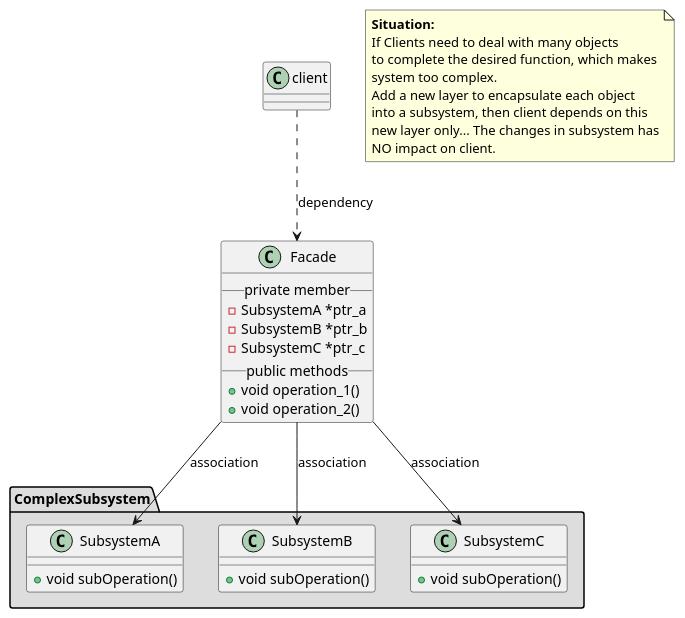
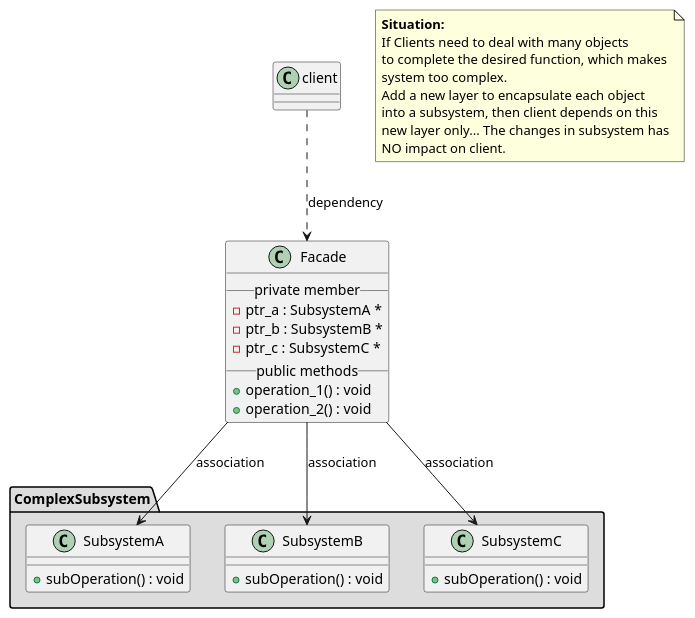
Before and after one commit to flyingman1991/design-patterns-cpp: the diagram in facade/FacadePattern.puml, drawn with PlantUML. The commit also changed 5 other files, not shown here.

```diff
--- a/facade/FacadePattern.puml
+++ b/facade/FacadePattern.puml
@@ -1,43 +1,43 @@
 @startuml FacadePattern
 
 package ComplexSubsystem #DDDDDD {
     class SubsystemA {
-        + void subOperation()
+        + subOperation() : void
     }
 
     class SubsystemB {
-        + void subOperation()
+        + subOperation() : void
     }
 
     class SubsystemC {
-        + void subOperation()
+        + subOperation() : void
     }
 }
 
 class Facade {
     __private member__
-    - SubsystemA *ptr_a
-    - SubsystemB *ptr_b
-    - SubsystemC *ptr_c
+    - ptr_a : SubsystemA *
+    - ptr_b : SubsystemB *
+    - ptr_c : SubsystemC *
     __public methods__
-    + void operation_1()
-    + void operation_2()
+    + operation_1() : void
+    + operation_2() : void
 }
 
 client ..> Facade : dependency
 Facade --> SubsystemA : association
 Facade --> SubsystemB : association
 Facade --> SubsystemC : association
 
 note as N1
     <b>Situation:</b>
     If Clients need to deal with many objects
     to complete the desired function, which makes
     system too complex.
     Add a new layer to encapsulate each object
     into a subsystem, then client depends on this
     new layer only... The changes in subsystem has
     NO impact on client.
 end note
 
 @enduml
```
